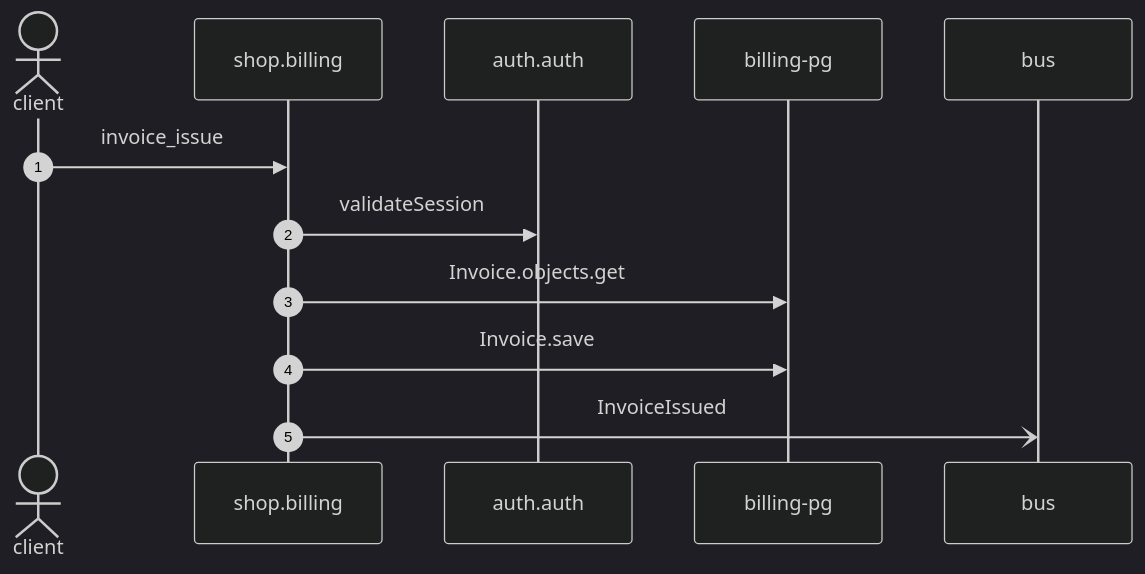
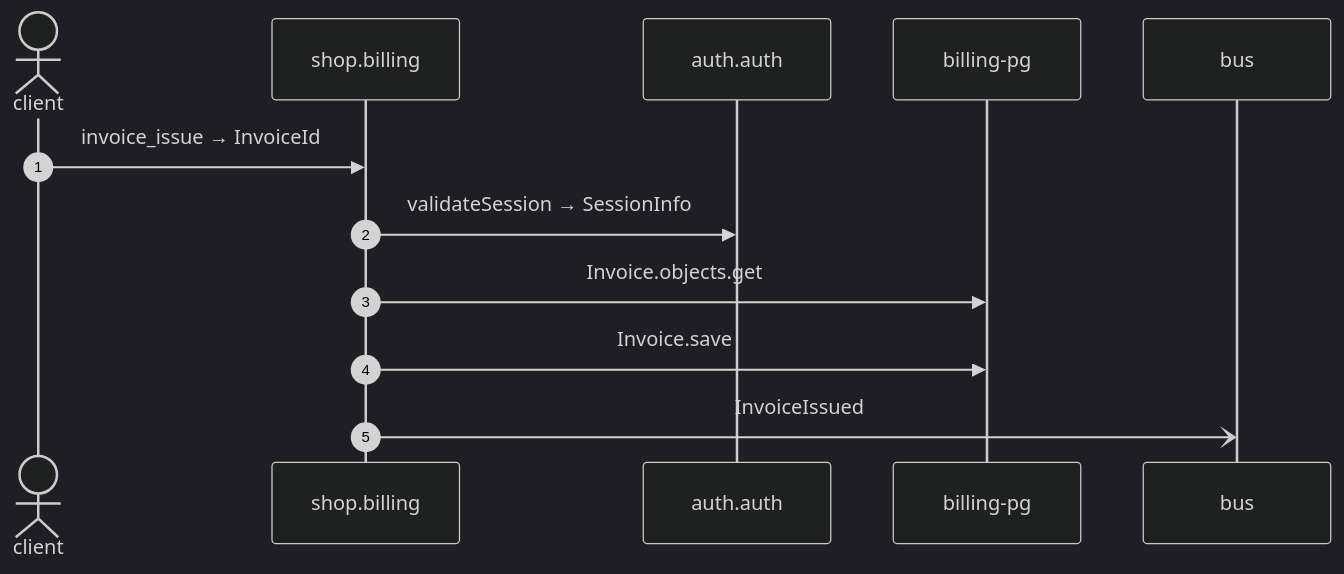
One commit to shortlink-org/portolan changed the diagram in docs/flows/billing-invoice-issue.md. Above: the diagram before and after it, drawn with Mermaid (dark theme). The commit also changed other lines of this file and 87 other files, not shown here.

````diff
--- a/docs/flows/billing-invoice-issue.md
+++ b/docs/flows/billing-invoice-issue.md
@@ -23,14 +23,14 @@
 ```mermaid
 sequenceDiagram
     autonumber
     actor p0 as client
     participant p1 as shop.billing
     participant p2 as auth.auth
     participant p3 as billing-pg
     participant p4 as bus
-    p0->>p1: invoice_issue
-    p1->>p2: validateSession
+    p0->>p1: invoice_issue → InvoiceId
+    p1->>p2: validateSession → SessionInfo
     p1->>p3: Invoice.objects.get
     p1->>p3: Invoice.save
     p1-)p4: InvoiceIssued
 ```
````
